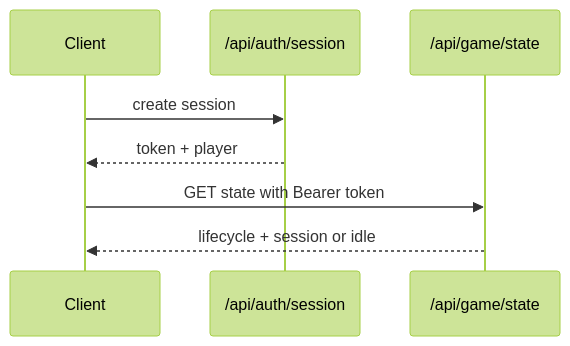
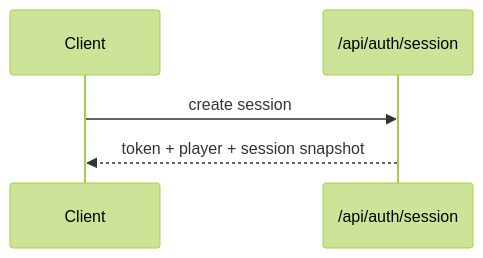
The third of 7 diagrams in docs/sequences.md (viscosha1575/lamoda-adidas), drawn with Mermaid (forest theme) before and after one commit. The commit also changed other lines of this file and 16 other files, not shown here.

Commit message:
Simplify game session API and add raffle code ID

````diff
--- a/docs/sequences.md
+++ b/docs/sequences.md
@@ -44,11 +44,8 @@
 ```mermaid
 sequenceDiagram
     participant Client
     participant AuthAPI as /api/auth/session
-    participant GameAPI as /api/game/state
 
     Client->>AuthAPI: create session
-    AuthAPI-->>Client: token + player
-    Client->>GameAPI: GET state with Bearer token
-    GameAPI-->>Client: lifecycle + session or idle
+    AuthAPI-->>Client: token + player + session snapshot
 ```
````
